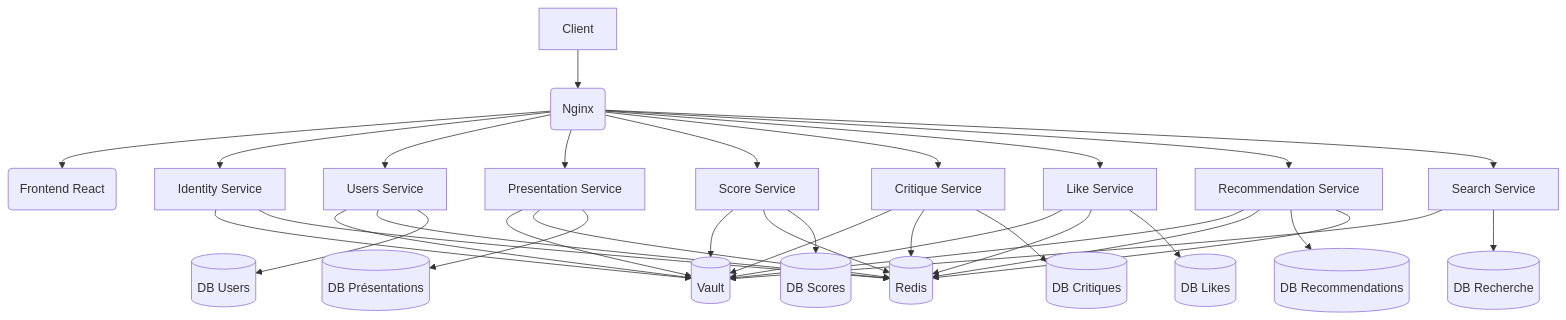
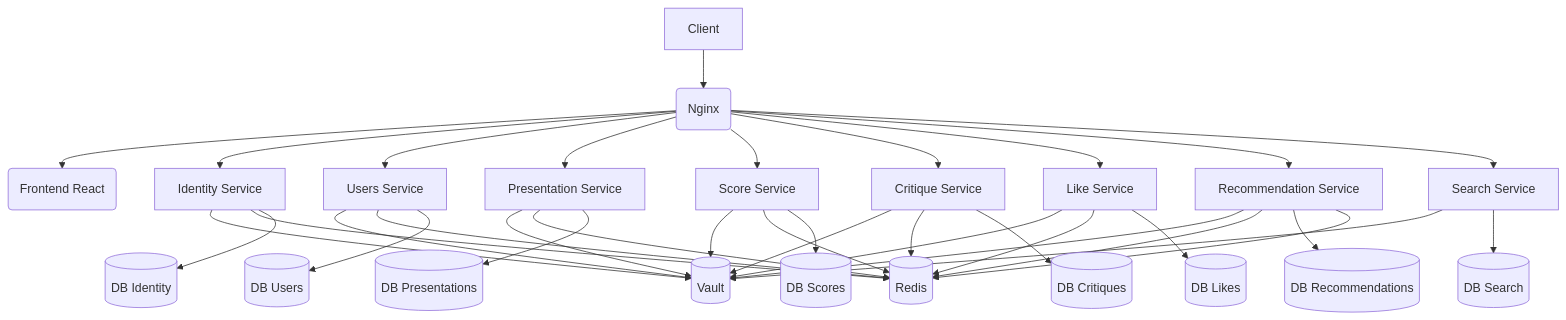
The first of 3 diagrams in README.md (djibril-marega/mythotomia), drawn with Mermaid before and after one commit. The commit also changed 40 other files, not shown here.

````diff
--- a/README.md
+++ b/README.md
@@ -44,37 +44,38 @@
 ```mermaid
 graph TD
     A[Client] --> N(Nginx)
     N --> F(Frontend React)
     N --> I[Identity Service]
     N --> U[Users Service]
     N --> P[Presentation Service]
     N --> S[Score Service]
     N --> C[Critique Service]
     N --> L[Like Service]
     N --> R[Recommendation Service]
     N --> Sr[Search Service]
     
     I --> V[(Vault)]
     U --> V
     P --> V
     S --> V
     C --> V
     L --> V
     R --> V
     Sr --> V
     I --> Redis[(Redis)]
     U --> Redis
     P --> Redis
     S --> Redis
     C --> Redis
     L --> Redis
     R --> Redis
+    I --> DB_Identity[(DB Identity)]
     U --> DB_Users[(DB Users)]
-    P --> DB_Pres[(DB Présentations)]
+    P --> DB_Pres[(DB Presentations)]
     S --> DB_Scores[(DB Scores)]
     C --> DB_Critiques[(DB Critiques)]
     L --> DB_Likes[(DB Likes)]
     R --> DB_Reco[(DB Recommendations)]
-    Sr --> DB_Search[(DB Recherche)]
+    Sr --> DB_Search[(DB Search)]
     R --> Redis
 ```
````
